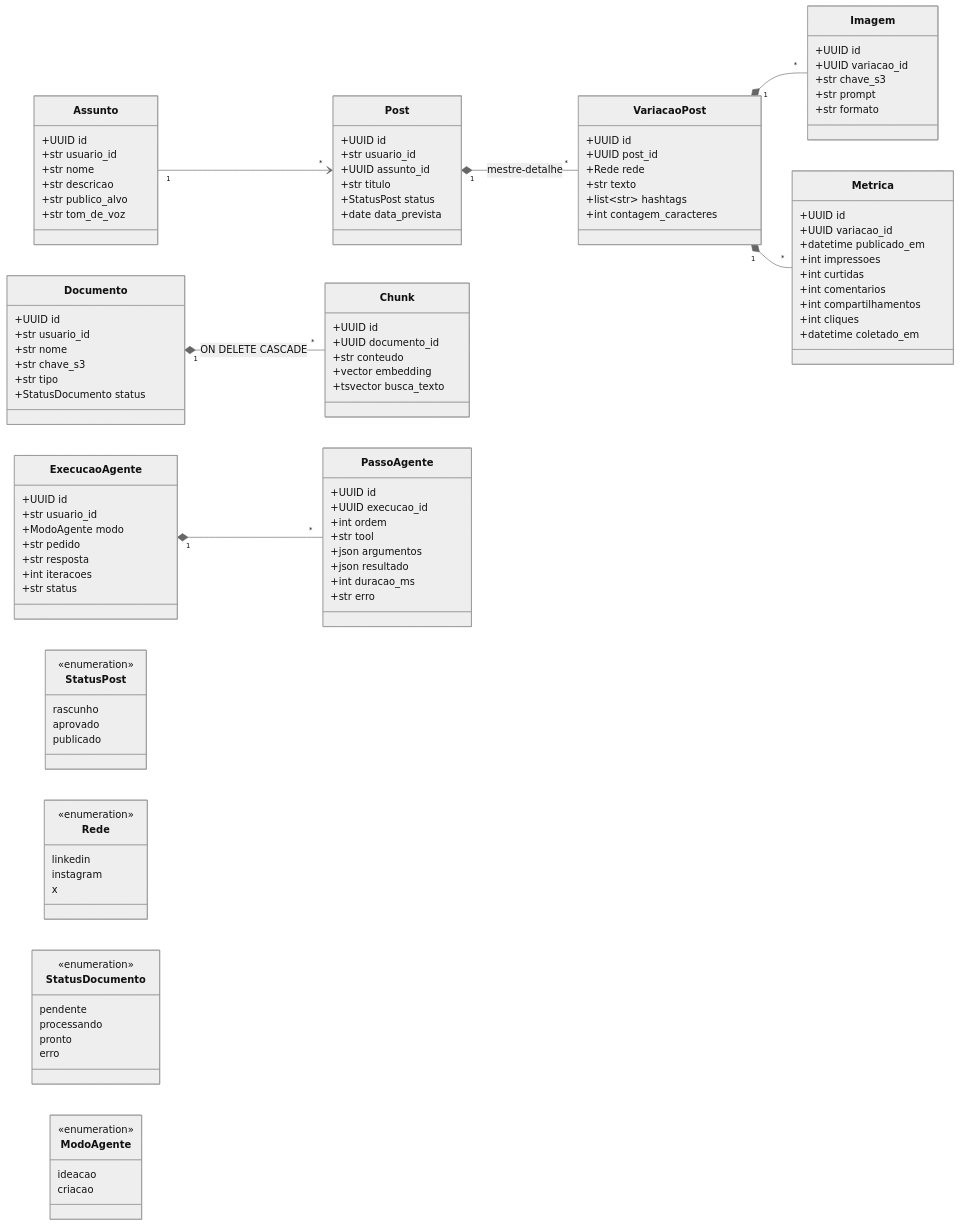
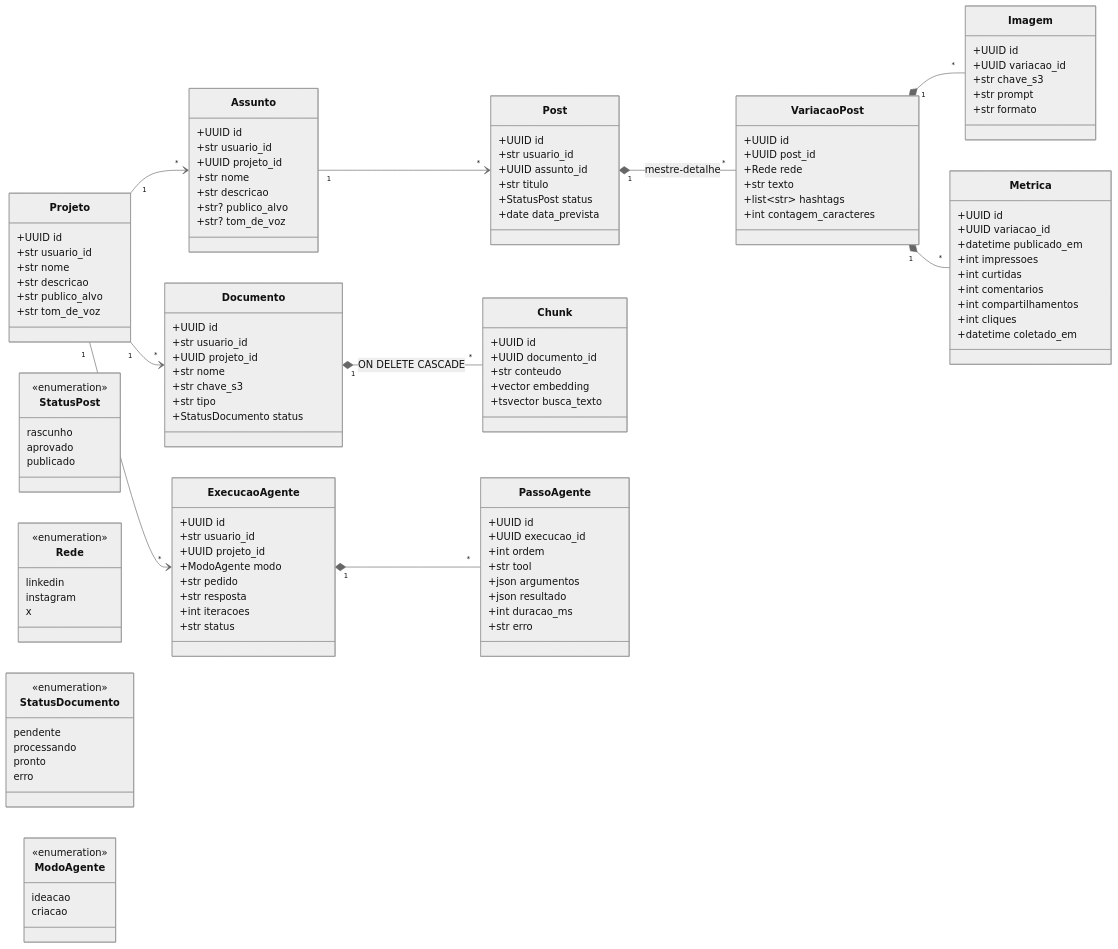
One commit to JonasRocha189/tcc-puc-post-generator-ai changed the diagram in docs/modelo-de-dados.md. Above: the diagram before and after it, drawn with Mermaid (neutral theme). The commit also changed other lines of this file and 62 other files, not shown here.

```diff
--- a/docs/modelo-de-dados.md
+++ b/docs/modelo-de-dados.md
@@ -10,13 +12,23 @@
 classDiagram
     direction LR
 
-    class Assunto {
+    class Projeto {
         +UUID id
         +str usuario_id
         +str nome
         +str descricao
         +str publico_alvo
         +str tom_de_voz
+    }
+
+    class Assunto {
+        +UUID id
+        +str usuario_id
+        +UUID projeto_id
+        +str nome
+        +str descricao
+        +str? publico_alvo
+        +str? tom_de_voz
     }
 
     class Post {
@@ -60,6 +72,7 @@
     class Documento {
         +UUID id
         +str usuario_id
+        +UUID projeto_id
         +str nome
         +str chave_s3
         +str tipo
@@ -77,6 +90,7 @@
     class ExecucaoAgente {
         +UUID id
         +str usuario_id
+        +UUID projeto_id
         +ModoAgente modo
         +str pedido
         +str resposta
@@ -123,6 +137,9 @@
         criacao
     }
 
+    Projeto "1" --> "*" Assunto
+    Projeto "1" --> "*" Documento
+    Projeto "1" --> "*" ExecucaoAgente
     Assunto "1" --> "*" Post
     Post "1" *-- "*" VariacaoPost : mestre-detalhe
     VariacaoPost "1" *-- "*" Imagem
```
